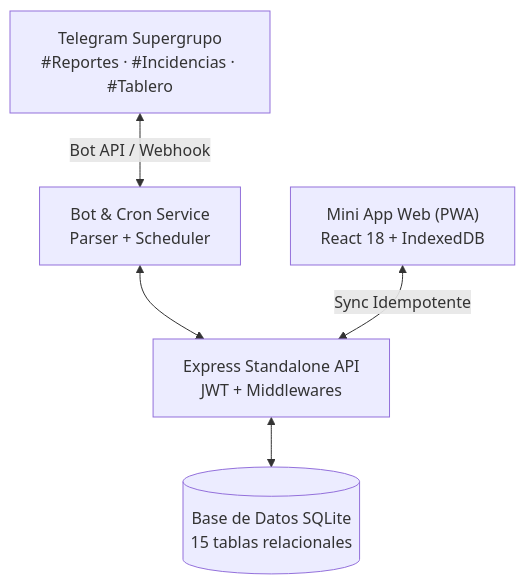
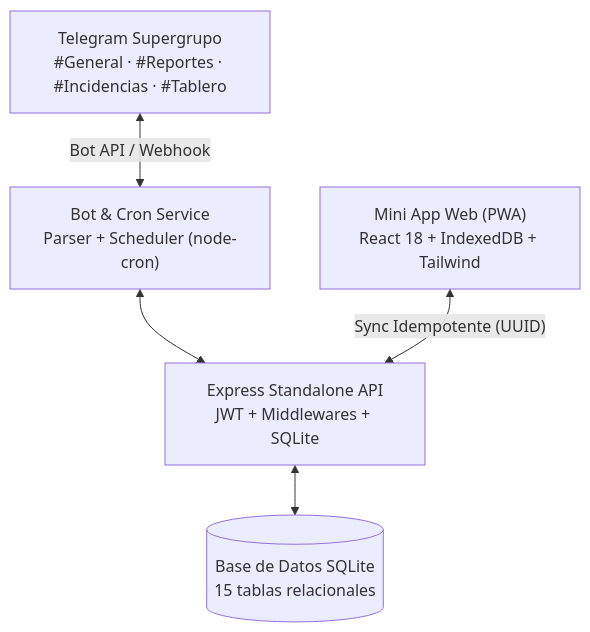
Before and after one commit to iamblanquet/agroobot: the diagram in FUNCIONES_ACTUALES.md, drawn with Mermaid. The commit also changed other lines of this file and 1 other file, not shown here.

````diff
--- a/FUNCIONES_ACTUALES.md
+++ b/FUNCIONES_ACTUALES.md
@@ -31,7 +34,7 @@
 ```mermaid
 flowchart TD
-    TG["Telegram Supergrupo<br/>#Reportes · #Incidencias · #Tablero"] <-->|"Bot API / Webhook"| BOT["Bot & Cron Service<br/>Parser + Scheduler"]
-    BOT <--> API["Express Standalone API<br/>JWT + Middlewares"]
-    PWA["Mini App Web (PWA)<br/>React 18 + IndexedDB"] <-->|"Sync Idempotente"| API
+    TG["Telegram Supergrupo<br/>#General · #Reportes · #Incidencias · #Tablero"] <-->|"Bot API / Webhook"| BOT["Bot & Cron Service<br/>Parser + Scheduler (node-cron)"]
+    BOT <--> API["Express Standalone API<br/>JWT + Middlewares + SQLite"]
+    PWA["Mini App Web (PWA)<br/>React 18 + IndexedDB + Tailwind"] <-->|"Sync Idempotente (UUID)"| API
     API <--> DB[("Base de Datos SQLite<br/>15 tablas relacionales")]
 ```
````
